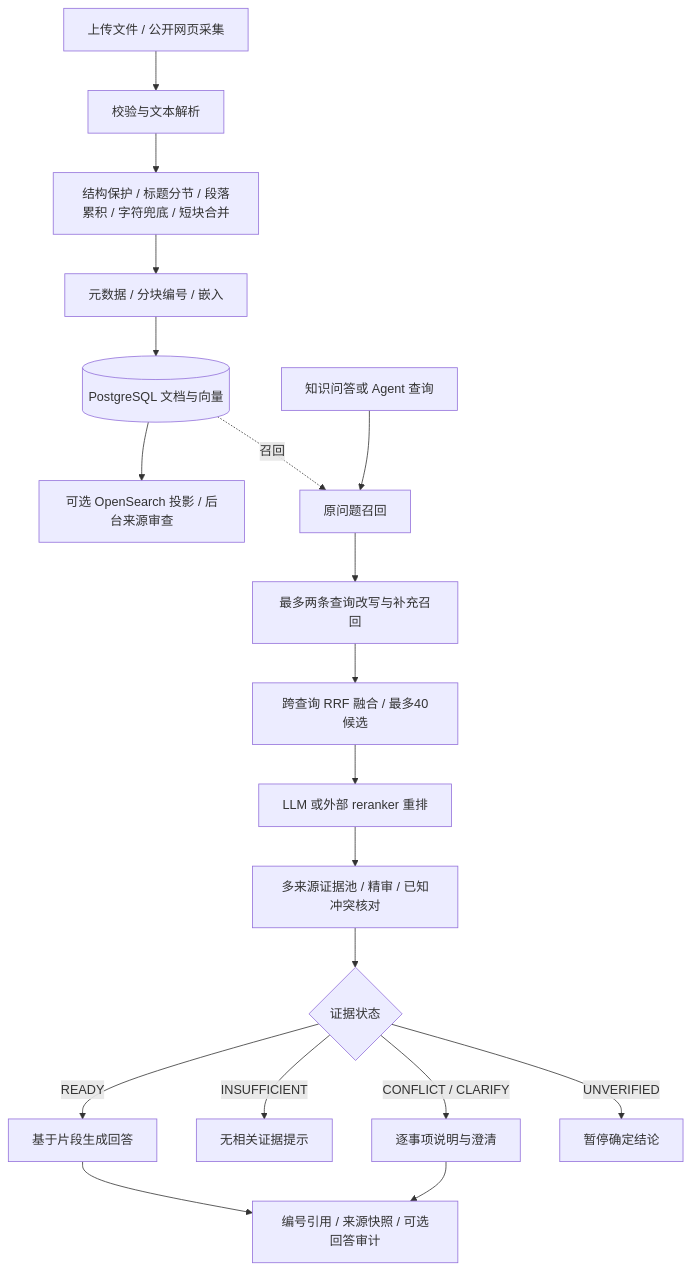
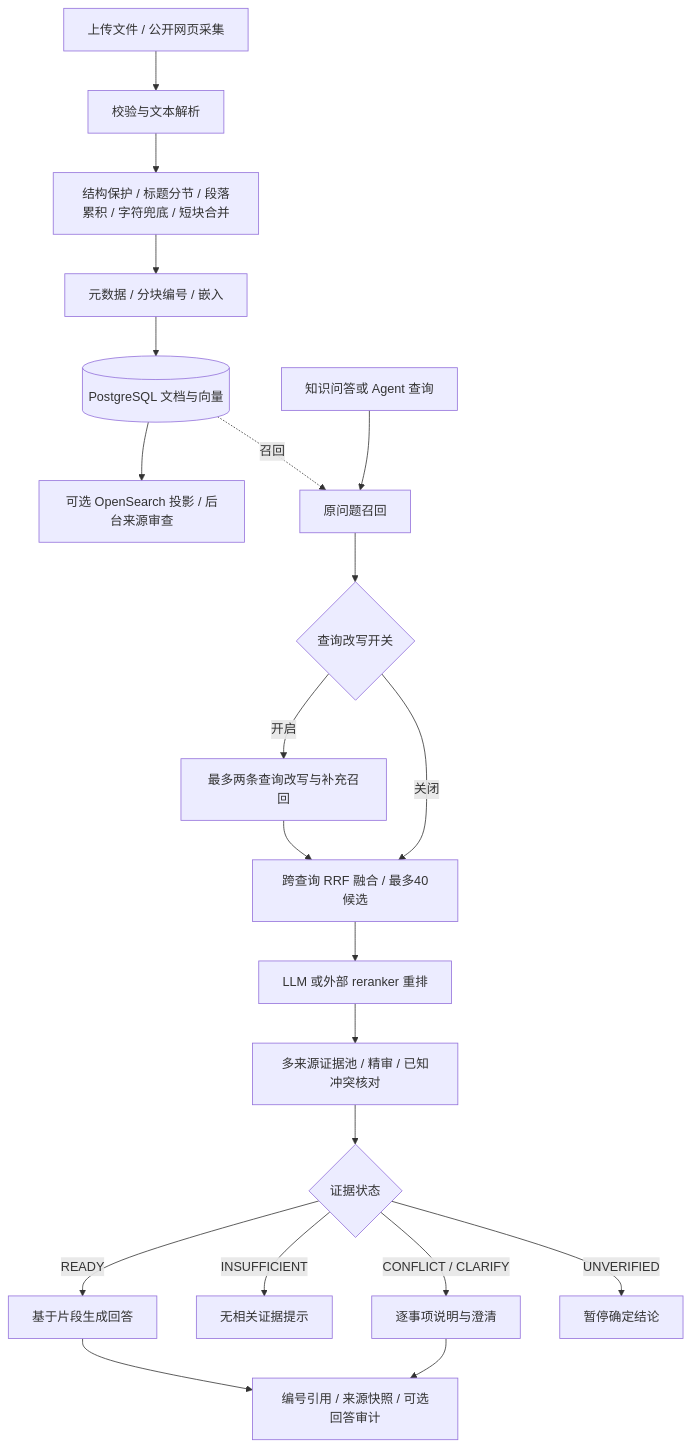
The diagram in docs/rag.md (HangChi/personal-ai-os), drawn with Mermaid before and after one commit. The commit also changed other lines of this file and 12 other files, not shown here.

````diff
--- a/docs/rag.md
+++ b/docs/rag.md
@@ -7,21 +7,23 @@
 ```mermaid
 flowchart TD
     A[上传文件 / 公开网页采集] --> B[校验与文本解析]
     B --> C[结构保护 / 标题分节 / 段落累积 / 字符兜底 / 短块合并]
     C --> D[元数据 / 分块编号 / 嵌入]
     D --> E[(PostgreSQL 文档与向量)]
     E --> F[可选 OpenSearch 投影 / 后台来源审查]
     Q[知识问答或 Agent 查询] --> R[原问题召回]
-    R --> W[最多两条查询改写与补充召回]
-    W --> U[跨查询 RRF 融合 / 最多40候选]
+    R --> W{查询改写开关}
+    W -->|开启| X[最多两条查询改写与补充召回]
+    X --> U[跨查询 RRF 融合 / 最多40候选]
+    W -->|关闭| U
     U --> K[LLM 或外部 reranker 重排]
     K --> V[多来源证据池 / 精审 / 已知冲突核对]
     V --> S{证据状态}
     S -->|READY| AN[基于片段生成回答]
     S -->|INSUFFICIENT| NO[无相关证据提示]
     S -->|CONFLICT / CLARIFY| GU[逐事项说明与澄清]
     S -->|UNVERIFIED| PA[暂停确定结论]
     AN --> CI[编号引用 / 来源快照 / 可选回答审计]
     GU --> CI
     E -. 召回 .-> R
 ```
````
